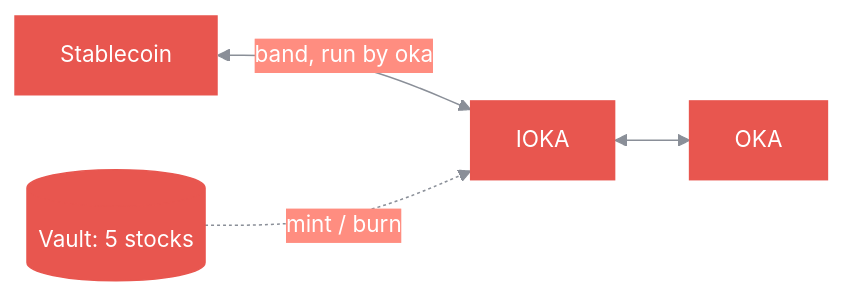
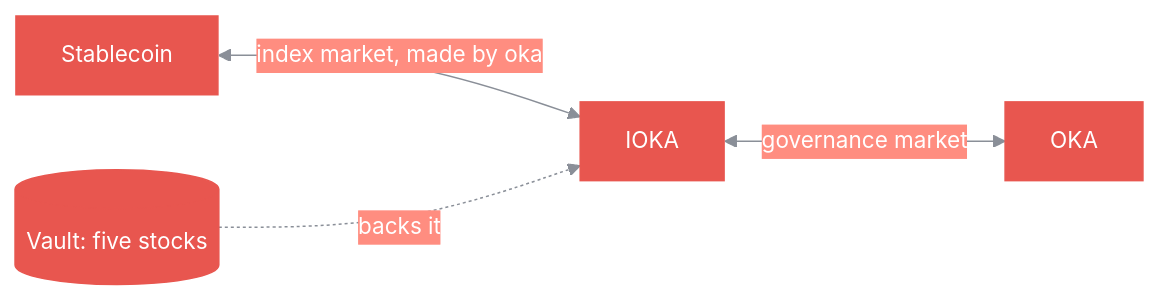
One commit to 8digitsLabs/docs changed the first of 2 diagrams in concepts/tokens.mdx. Above: the diagram before and after it, drawn with Mermaid.

Commit message:
docs: label the diagram in words the page has already used
"band, run by oka" used a term introduced two sections later, so at the point
the diagram is read it says nothing.

````diff
--- a/concepts/tokens.mdx
+++ b/concepts/tokens.mdx
@@ -34,10 +34,10 @@
 ```mermaid
 %%{init: {"theme":"base","themeVariables":{
   "primaryColor":"#e8564f","primaryTextColor":"#ffffff","primaryBorderColor":"#e8564f",
   "lineColor":"#8a8f98","secondaryColor":"#ff8d80","tertiaryColor":"#2a2a2a",
   "fontSize":"15px"}}}%%
 flowchart LR
-  USDG[Stablecoin] <-->|"band, run by oka"| IOKA[IOKA]
-  IOKA <--> OKA[OKA]
-  VAULT[(Vault: 5 stocks)] -.->|"mint / burn"| IOKA
+  USDG[Stablecoin] <-->|"index market, made by oka"| IOKA[IOKA]
+  IOKA <-->|"governance market"| OKA[OKA]
+  VAULT[(Vault: five stocks)] -.->|"backs it"| IOKA
 ```
````
